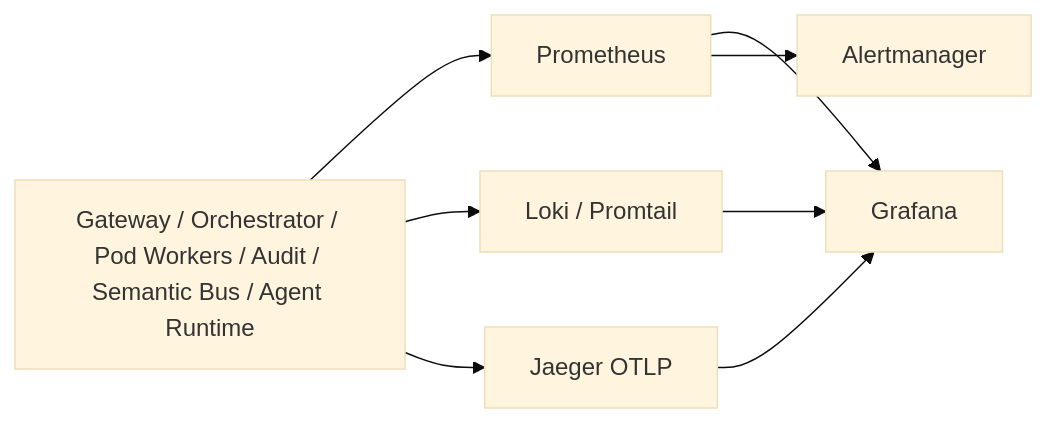
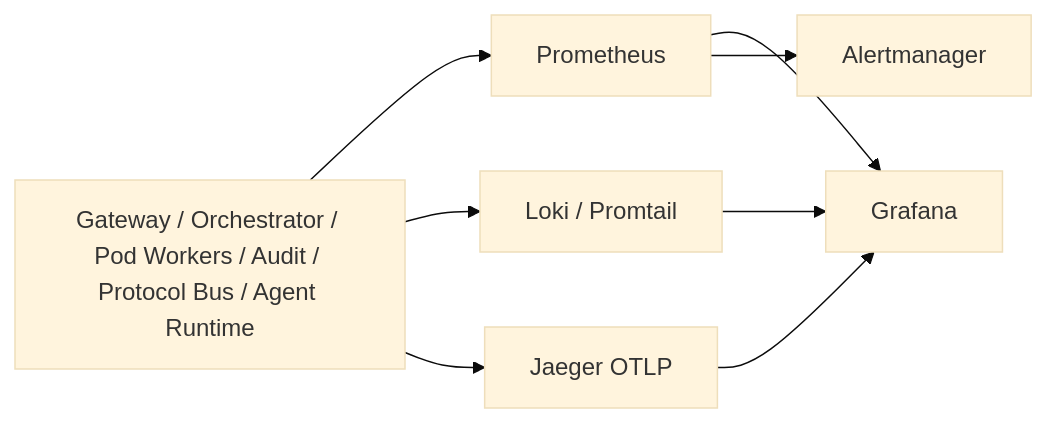
Before and after one commit to kherrera6219/theFactory: the fifth of 5 diagrams in docs/ARCHITECTURE_DATA_FLOWS.md, drawn with Mermaid (base theme). The commit also changed other lines of this file and 63 other files, not shown here.

````diff
--- a/docs/ARCHITECTURE_DATA_FLOWS.md
+++ b/docs/ARCHITECTURE_DATA_FLOWS.md
@@ -144,17 +144,17 @@
 ```mermaid
 flowchart LR
-    Services["Gateway / Orchestrator / Pod Workers / Audit / Semantic Bus / Agent Runtime"]
+    Services["Gateway / Orchestrator / Pod Workers / Audit / Protocol Bus / Agent Runtime"]
     Prometheus["Prometheus"]
     Loki["Loki / Promtail"]
     Jaeger["Jaeger OTLP"]
     Grafana["Grafana"]
     Alertmanager["Alertmanager"]
 
     Services --> Prometheus
     Services --> Loki
     Services --> Jaeger
     Prometheus --> Grafana
     Loki --> Grafana
     Jaeger --> Grafana
     Prometheus --> Alertmanager
 ```
````
